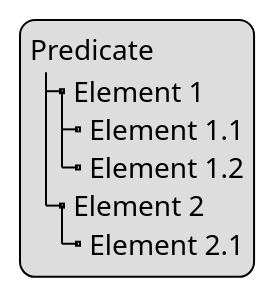
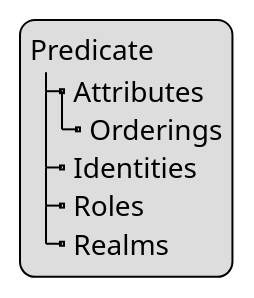
The second of 2 diagrams in docs/src/main/asciidoc/org/integratedmodelling/documentation/chapters/kim.adoc (integratedmodelling/klab), drawn with PlantUML before and after one commit. The commit also changed other lines of this file and 9 other files, not shown here.

```diff
--- a/docs/src/main/asciidoc/org/integratedmodelling/documentation/chapters/kim.adoc
+++ b/docs/src/main/asciidoc/org/integratedmodelling/documentation/chapters/kim.adoc
@@ -359,11 +407,11 @@
 [plantuml, format=svg, opts="inline"]
 ----
 legend
 Predicate
-|_ Element 1
-  |_ Element 1.1
-  |_ Element 1.2
-|_ Element 2
-  |_ Element 2.1
+|_ Attributes
+  |_ Orderings
+|_ Identities
+|_ Roles
+|_ Realms
 end legend
 ----
```
